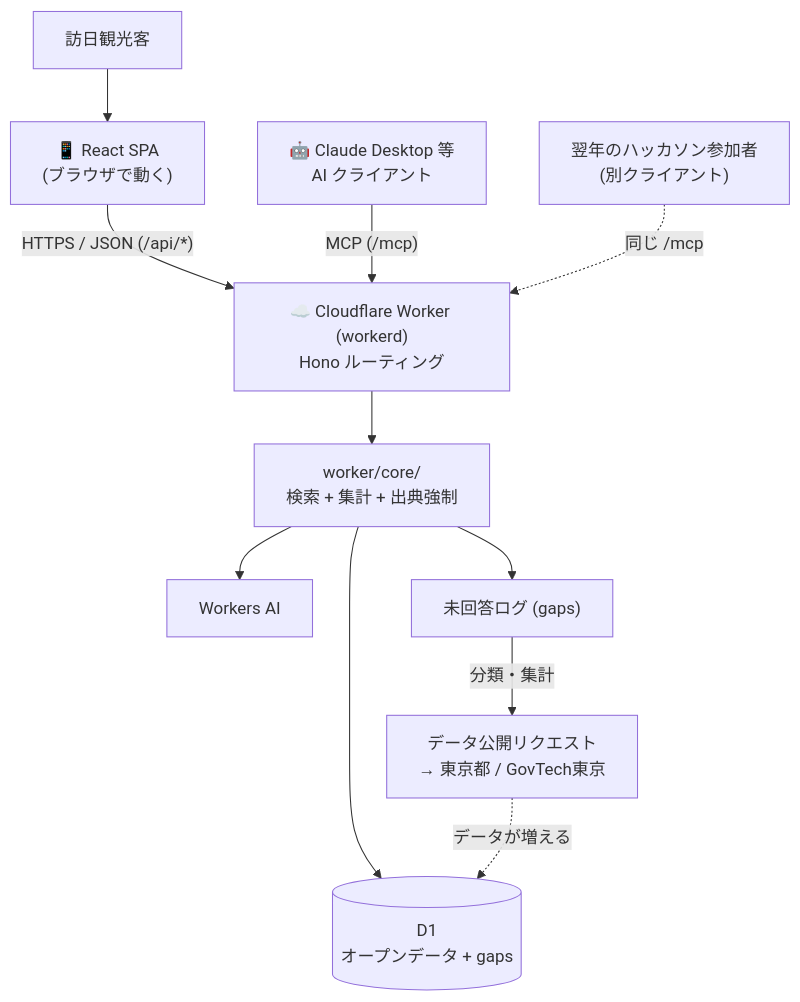
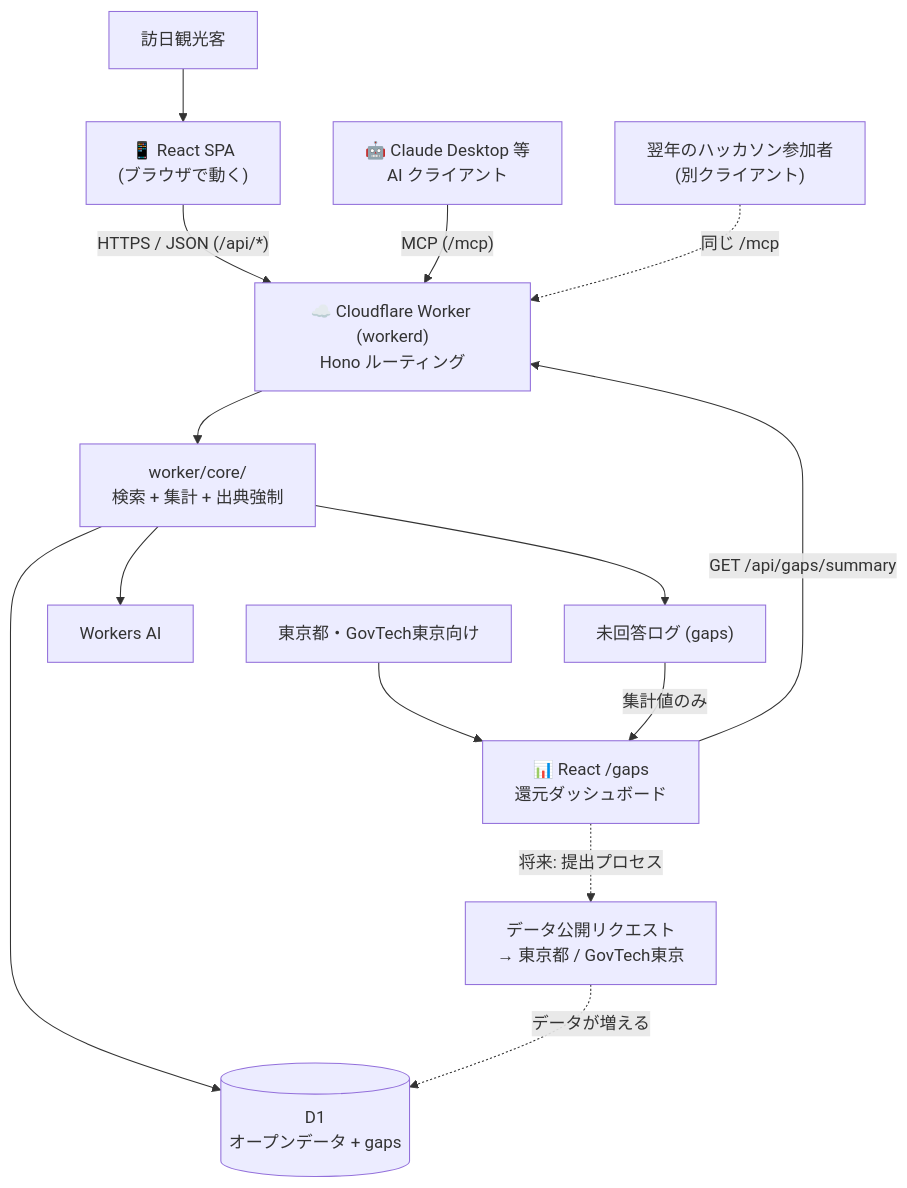
One commit to fffokazaki/tabi-concierge-tokyo changed the first of 2 diagrams in docs/02-design/ARCHITECTURE.md. Above: the diagram before and after it, drawn with Mermaid. The commit also changed other lines of this file and 11 other files, not shown here.

First line of the commit message:
feat: #193 還元ダッシュボードと gaps 集計 API を追加 (#200)

````diff
--- a/docs/02-design/ARCHITECTURE.md
+++ b/docs/02-design/ARCHITECTURE.md
@@ -31,13 +31,16 @@
 ```mermaid
 graph TD
     U[訪日観光客] --> FE["📱 React SPA<br/>(ブラウザで動く)"]
     FE -->|"HTTPS / JSON (/api/*)"| W
+    GOV["東京都・GovTech東京向け"] --> DASH["📊 React /gaps<br/>還元ダッシュボード"]
+    DASH -->|"GET /api/gaps/summary"| W
     AI["🤖 Claude Desktop 等<br/>AI クライアント"] -->|"MCP (/mcp)"| W
     W["☁️ Cloudflare Worker (workerd)<br/>Hono ルーティング"] --> CORE["worker/core/<br/>検索 + 集計 + 出典強制"]
     CORE --> DS[("D1<br/>オープンデータ + gaps")]
     CORE --> WAI["Workers AI"]
     CORE --> LOG["未回答ログ (gaps)"]
-    LOG -->|分類・集計| REQ["データ公開リクエスト<br/>→ 東京都 / GovTech東京"]
+    LOG -->|集計値のみ| DASH
+    DASH -.->|将来: 提出プロセス| REQ["データ公開リクエスト<br/>→ 東京都 / GovTech東京"]
     REQ -.->|データが増える| DS
     FUTURE["翌年のハッカソン参加者<br/>(別クライアント)"] -.->|同じ /mcp| W
 ```
````
